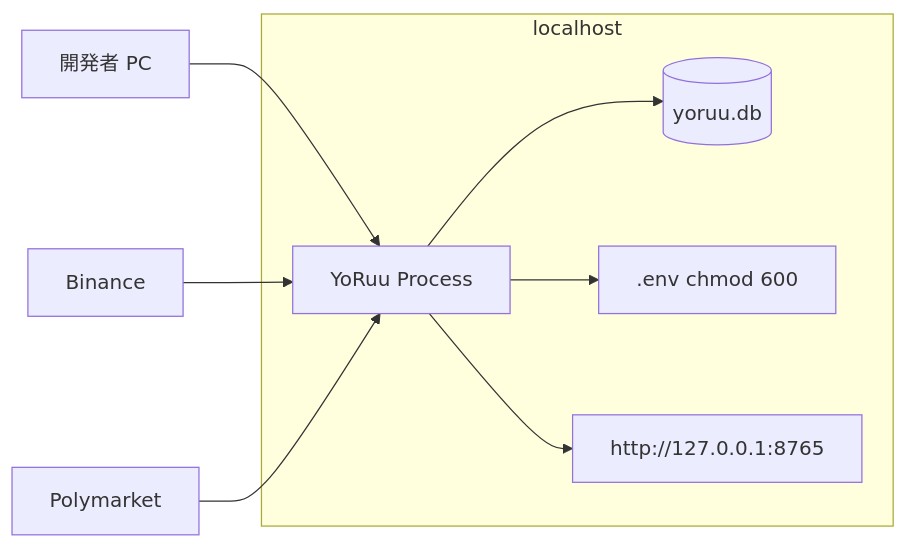
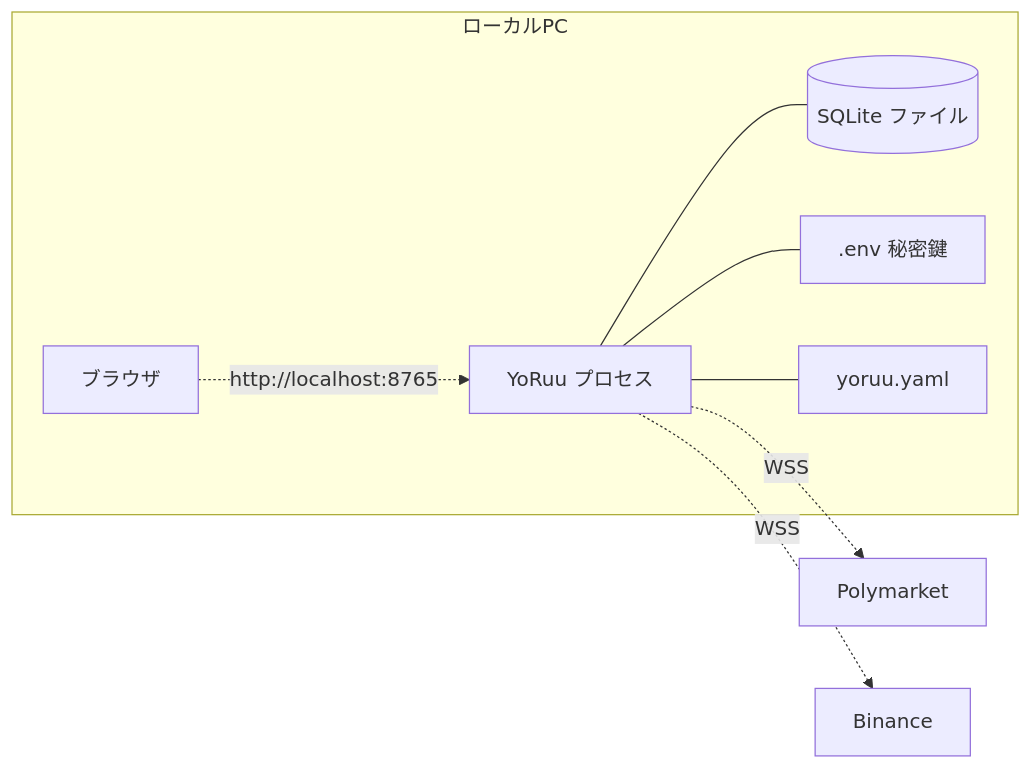
The second of 3 diagrams in docs/design/02_architecture.md (matrix9neonebuchadnezzar2199-sketch/YoRuu), drawn with Mermaid before and after one commit. The commit also changed other lines of this file and 8 other files, not shown here.

````diff
--- a/docs/design/02_architecture.md
+++ b/docs/design/02_architecture.md
@@ -107,16 +143,16 @@
 ```mermaid
 flowchart LR
-    DEV[開発者 PC]
-    subgraph DEV_BOX["localhost"]
-        BOT[YoRuu Process]
-        DBF[(yoruu.db)]
-        ENV[.env chmod 600]
-        WEB[http://127.0.0.1:8765]
+    subgraph LOCAL[ローカルPC]
+        APP[YoRuu プロセス]
+        DBF[(SQLite ファイル)]
+        ENV[.env 秘密鍵]
+        CFG[yoruu.yaml]
+        BR[ブラウザ]
     end
-    DEV --> BOT
-    BOT --> DBF
-    BOT --> ENV
-    BOT --> WEB
-    BN[Binance] --> BOT
-    PM[Polymarket] --> BOT
+    APP --- DBF
+    APP --- ENV
+    APP --- CFG
+    BR -.http://localhost:8765.-> APP
+    APP -.WSS.-> POLY[Polymarket]
+    APP -.WSS.-> BIN[Binance]
 ```
````
